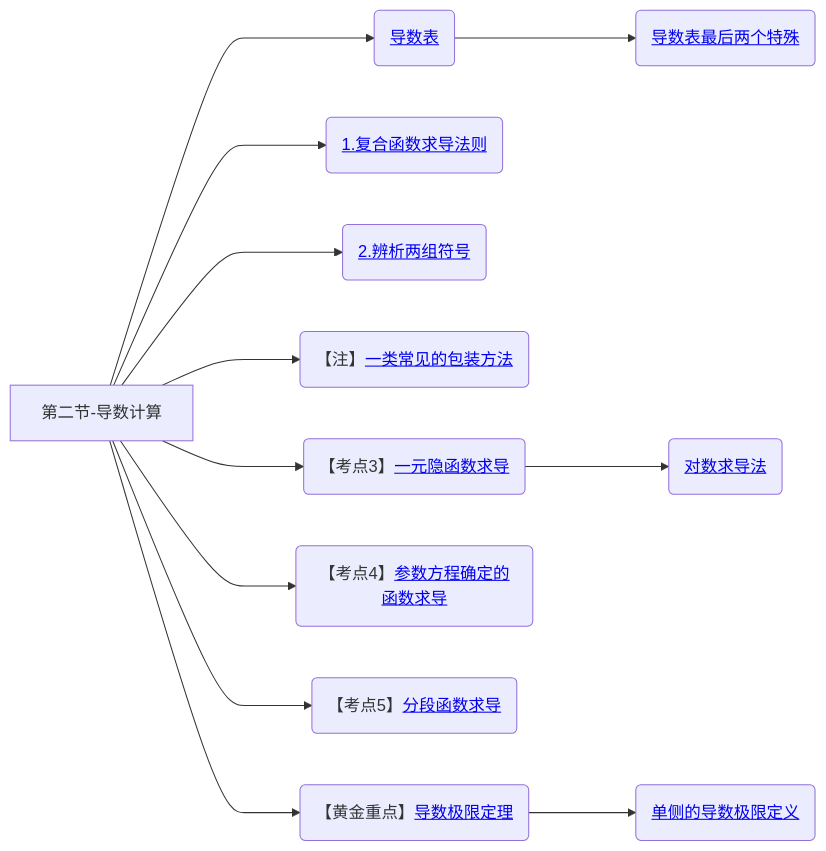
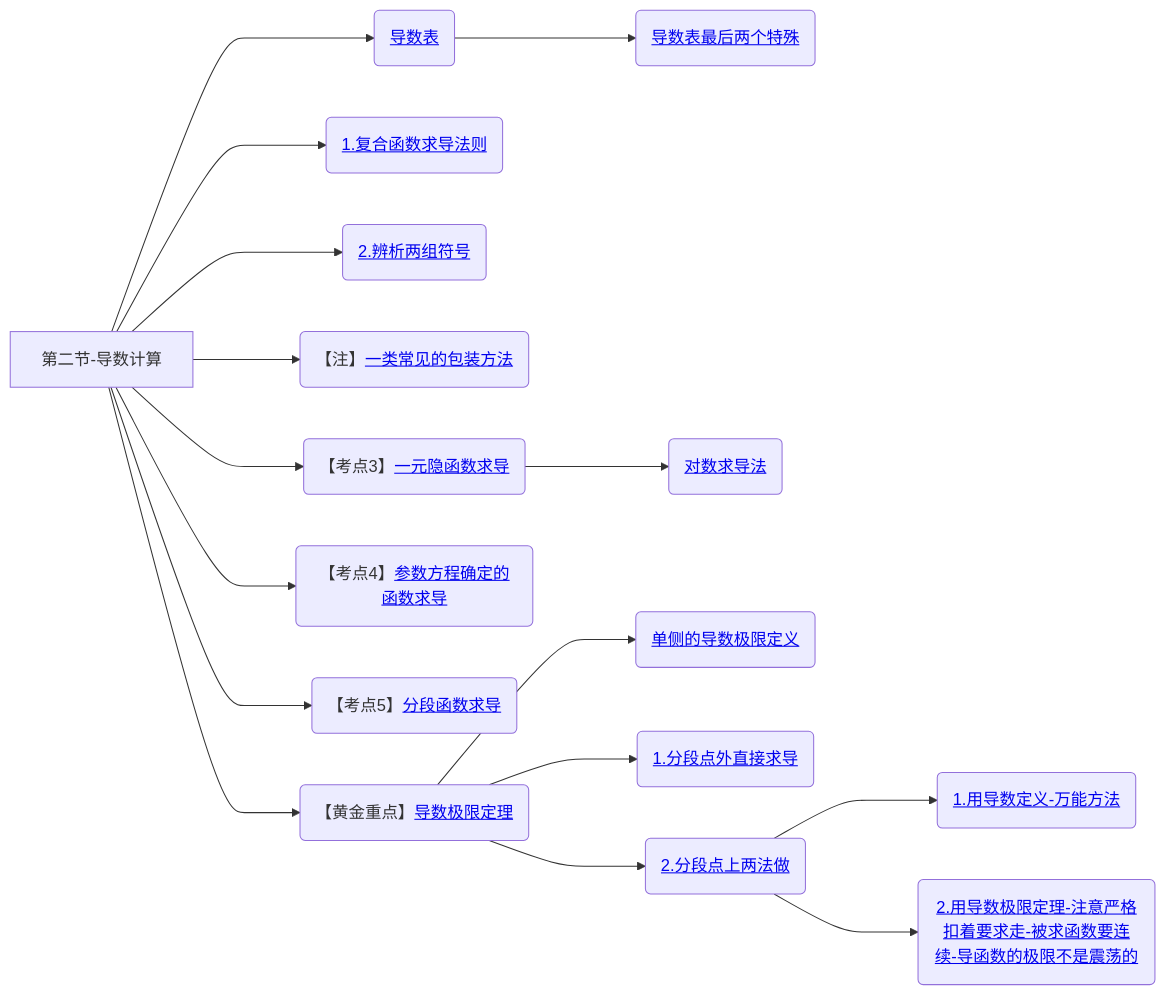
Diagram 12 of 12 in 笔记/数学/周洋鑫/01.基础班思维导图.md (yuebinghui/note), drawn with Mermaid before and after one commit. The commit also changed 5 other files, not shown here.

````diff
--- a/笔记/数学/周洋鑫/01.基础班思维导图.md
+++ b/笔记/数学/周洋鑫/01.基础班思维导图.md
@@ -454,23 +454,27 @@
 ```mermaid
 graph LR
 第二节-导数计算
 
 第二节-导数计算--->导数表(<a href="/Users/yuebinghui/Documents/program/github/note/笔记/数学/周洋鑫/零基础提前学/11.1零基础核心考点精讲10-1.md#导数表-必须记住">导数表</>)
 导数表--->导数表最后两个特殊(<a href="/Users/yuebinghui/Documents/program/github/note/笔记/数学/周洋鑫/零基础提前学/11.1零基础核心考点精讲10-1.md#导数表最后两个特殊">导数表最后两个特殊</>)
 第二节-导数计算--->复合函数求导法则(<a href="/Users/yuebinghui/Documents/program/github/note/笔记/数学/周洋鑫/基础班/12.导数计算_1.md#复合函数求导法则">1.复合函数求导法则</>)
 第二节-导数计算--->2.辨析两组符号(<a href="/Users/yuebinghui/Documents/program/github/note/笔记/数学/周洋鑫/基础班/12.导数计算_1.md#2.辨析两组符号">2.辨析两组符号</>)
 
 第二节-导数计算--->一类常见的包装方法(【注】<a href="/Users/yuebinghui/Documents/program/github/note/笔记/数学/周洋鑫/基础班/12.导数计算_1.md#一类常见的包装方法">一类常见的包装方法</>)
 
 第二节-导数计算--->一元隐函数求导(【考点3】<a href="/Users/yuebinghui/Documents/program/github/note/笔记/数学/周洋鑫/基础班/12.导数计算_1.md#一元隐函数求导">一元隐函数求导</>)
 
 一元隐函数求导--->对数求导法(<a href="/Users/yuebinghui/Documents/program/github/note/笔记/数学/周洋鑫/基础班/13.导数计算_2.md#对数求导法">对数求导法</>)
 
 第二节-导数计算--->参数方程确定的函数求导(【考点4】<a href="/Users/yuebinghui/Documents/program/github/note/笔记/数学/周洋鑫/基础班/13.导数计算_2.md#参数方程确定的函数求导">参数方程确定的函数求导</>)
 
 第二节-导数计算--->分段函数求导(【考点5】<a href="/Users/yuebinghui/Documents/program/github/note/笔记/数学/周洋鑫/基础班/13.导数计算_2.md#分段函数求导">分段函数求导</>)
 
 第二节-导数计算--->导数极限定理(【黄金重点】<a href="/Users/yuebinghui/Documents/program/github/note/笔记/数学/周洋鑫/基础班/13.导数计算_2.md#导数极限定理">导数极限定理</>)
 导数极限定理--->单侧的导数极限定义(<a href="/Users/yuebinghui/Documents/program/github/note/笔记/数学/周洋鑫/基础班/13.导数计算_2.md#单侧的导数极限定义">单侧的导数极限定义</>)
+导数极限定理--->1.分段点外直接求导(<a href="/Users/yuebinghui/Documents/program/github/note/笔记/数学/周洋鑫/基础班/13.导数计算_2.md#1.分段点外直接求导">1.分段点外直接求导</>)
+导数极限定理--->2.分段点上两法做(<a href="/Users/yuebinghui/Documents/program/github/note/笔记/数学/周洋鑫/基础班/13.导数计算_2.md#2.分段点上两法做">2.分段点上两法做</>)
+2.分段点上两法做--->1.用导数定义-万能方法(<a href="/Users/yuebinghui/Documents/program/github/note/笔记/数学/周洋鑫/基础班/13.导数计算_2.md#1.用导数定义-万能方法">1.用导数定义-万能方法</>)
+2.分段点上两法做--->2.用导数极限定理-注意严格扣着要求走-被求函数要连续-导函数的极限不是震荡的(<a href="/Users/yuebinghui/Documents/program/github/note/笔记/数学/周洋鑫/基础班/13.导数计算_2.md#2.用导数极限定理-注意严格扣着要求走-被求函数要连续-导函数的极限不是震荡的">2.用导数极限定理-注意严格扣着要求走-被求函数要连续-导函数的极限不是震荡的</>)
 
 ```
````
